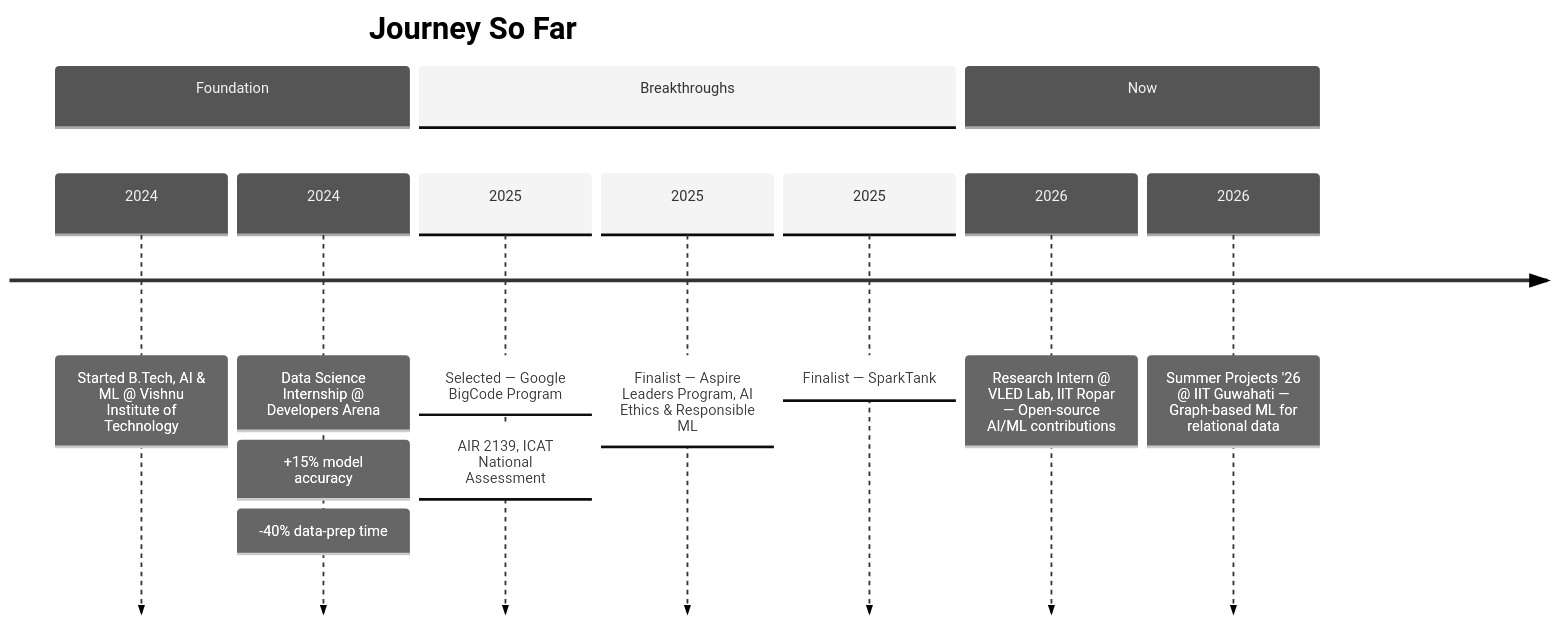
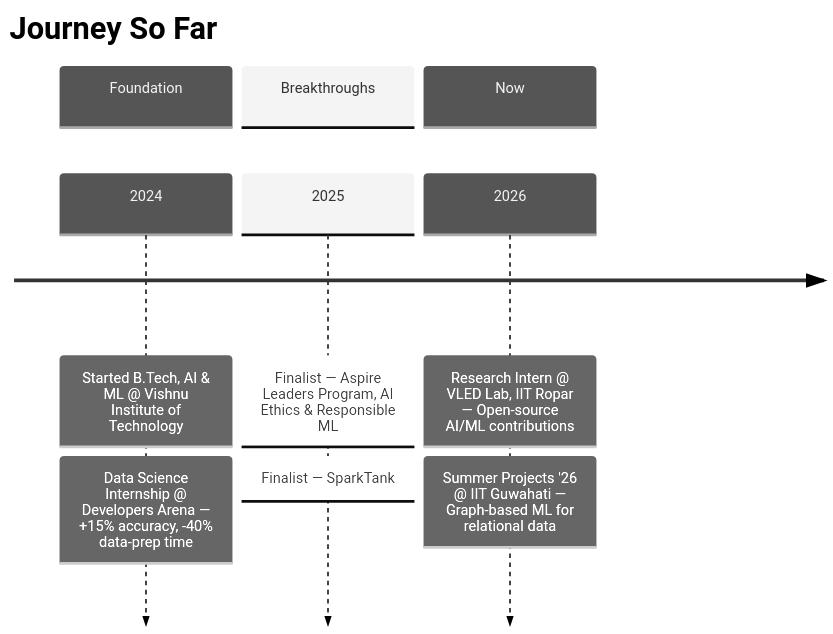
The second of 2 diagrams in README.md (kanth071/kanth071), drawn with Mermaid (neutral theme) before and after one commit.

Commit message:
Simplify Journey timeline: dedupe repeated years, drop BigCode/ICAT line

````diff
--- a/README.md
+++ b/README.md
@@ -168,14 +168,10 @@
 ```mermaid
 timeline
 title Journey So Far
 section Foundation
-2024 : Started B.Tech, AI & ML @ Vishnu Institute of Technology
-2024 : Data Science Internship @ Developers Arena : +15% model accuracy : -40% data-prep time
+2024 : Started B.Tech, AI & ML @ Vishnu Institute of Technology : Data Science Internship @ Developers Arena — +15% accuracy, -40% data-prep time
 section Breakthroughs
-2025 : Selected — Google BigCode Program : AIR 2139, ICAT National Assessment
-2025 : Finalist — Aspire Leaders Program, AI Ethics & Responsible ML
-2025 : Finalist — SparkTank
+2025 : Finalist — Aspire Leaders Program, AI Ethics & Responsible ML : Finalist — SparkTank
 section Now
-2026 : Research Intern @ VLED Lab, IIT Ropar — Open-source AI/ML contributions
-2026 : Summer Projects '26 @ IIT Guwahati — Graph-based ML for relational data
+2026 : Research Intern @ VLED Lab, IIT Ropar — Open-source AI/ML contributions : Summer Projects '26 @ IIT Guwahati — Graph-based ML for relational data
 ```
````
